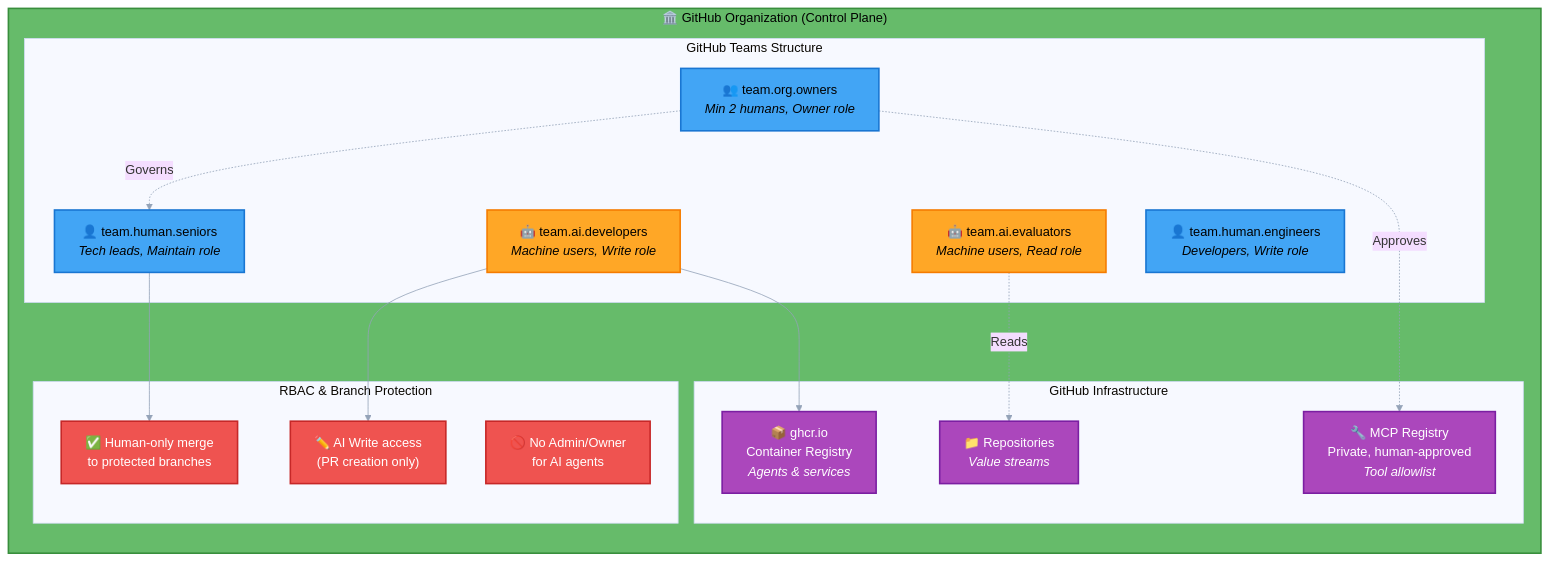
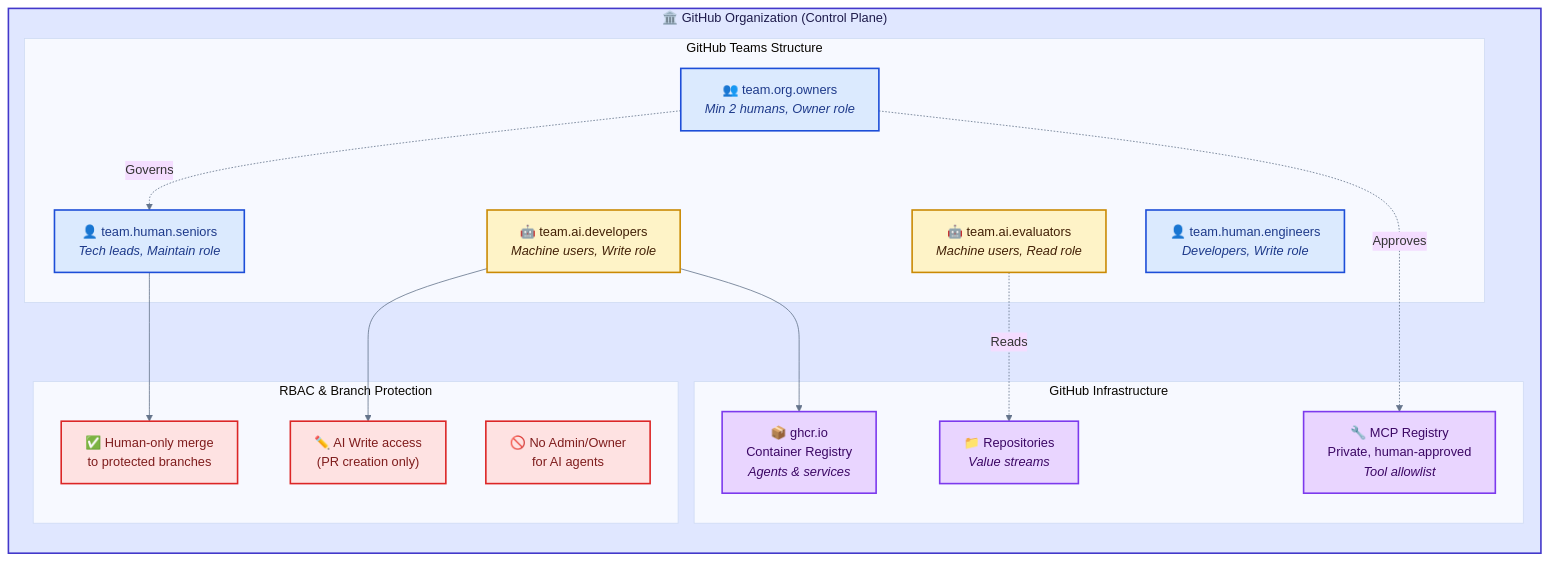
Before and after one commit to donbr/github-agentic-om: the second of 8 diagrams in github-native-operating-model.md, drawn with Mermaid. The commit also changed other lines of this file, not shown here.

Commit message:
update mermaid diagrams based on wcag

````diff
--- a/github-native-operating-model.md
+++ b/github-native-operating-model.md
@@ -86,46 +86,46 @@
 ```mermaid
-%%{init: {"theme":"base", "themeVariables": {"lineColor":"#94a3b8","primaryBorderColor":"#94a3b8","textColor":"#64748b"}}}%%
+%%{init: {"theme":"base", "themeVariables": {"lineColor":"#64748B","primaryBorderColor":"#64748B","textColor":"#1E293B","background":"#FFFFFF"}}}%%
 flowchart TB
     subgraph ORG["🏛️ GitHub Organization (Control Plane)"]
         direction TB
 
         subgraph TEAMS["GitHub Teams Structure"]
             OWNERS["👥 team.org.owners<br/><i>Min 2 humans, Owner role</i>"]
             SENIORS["👤 team.human.seniors<br/><i>Tech leads, Maintain role</i>"]
             ENGINEERS["👤 team.human.engineers<br/><i>Developers, Write role</i>"]
             AIDEV["🤖 team.ai.developers<br/><i>Machine users, Write role</i>"]
             AIEVAL["🤖 team.ai.evaluators<br/><i>Machine users, Read role</i>"]
         end
 
         subgraph RBAC["RBAC & Branch Protection"]
             MERGE["✅ Human-only merge<br/>to protected branches"]
             NOADMIN["🚫 No Admin/Owner<br/>for AI agents"]
             WRITE["✏️ AI Write access<br/>(PR creation only)"]
         end
 
         subgraph INFRA["GitHub Infrastructure"]
             GHCR["📦 ghcr.io<br/>Container Registry<br/><i>Agents & services</i>"]
             MCP["🔧 MCP Registry<br/>Private, human-approved<br/><i>Tool allowlist</i>"]
             REPOS["📁 Repositories<br/><i>Value streams</i>"]
         end
     end
 
     OWNERS -.Governs.-> SENIORS
     OWNERS -.Approves.-> MCP
     SENIORS --> MERGE
     AIDEV --> WRITE
     AIEVAL -.Reads.-> REPOS
     AIDEV --> GHCR
 
-    classDef foundation fill:#66bb6a,stroke:#388e3c,stroke-width:2px,color:#000000
-    classDef teamHuman fill:#42a5f5,stroke:#1976d2,stroke-width:2px,color:#000000
-    classDef teamAI fill:#ffa726,stroke:#f57c00,stroke-width:2px,color:#000000
-    classDef security fill:#ef5350,stroke:#c62828,stroke-width:2px,color:#ffffff
-    classDef infra fill:#ab47bc,stroke:#7b1fa2,stroke-width:2px,color:#ffffff
+    classDef foundation fill:#E0E7FF,stroke:#4338CA,stroke-width:2px,color:#1E1B4B
+    classDef teamHuman fill:#DBEAFE,stroke:#1D4ED8,stroke-width:2px,color:#1E3A8A
+    classDef teamAI fill:#FEF3C7,stroke:#CA8A04,stroke-width:2px,color:#422006
+    classDef security fill:#FEE2E2,stroke:#DC2626,stroke-width:2px,color:#7F1D1D
+    classDef infra fill:#E9D5FF,stroke:#7C3AED,stroke-width:2px,color:#3B0764
 
     class ORG foundation
     class OWNERS,SENIORS,ENGINEERS teamHuman
     class AIDEV,AIEVAL teamAI
     class MERGE,NOADMIN,WRITE security
     class GHCR,MCP,REPOS infra
 ```
````
